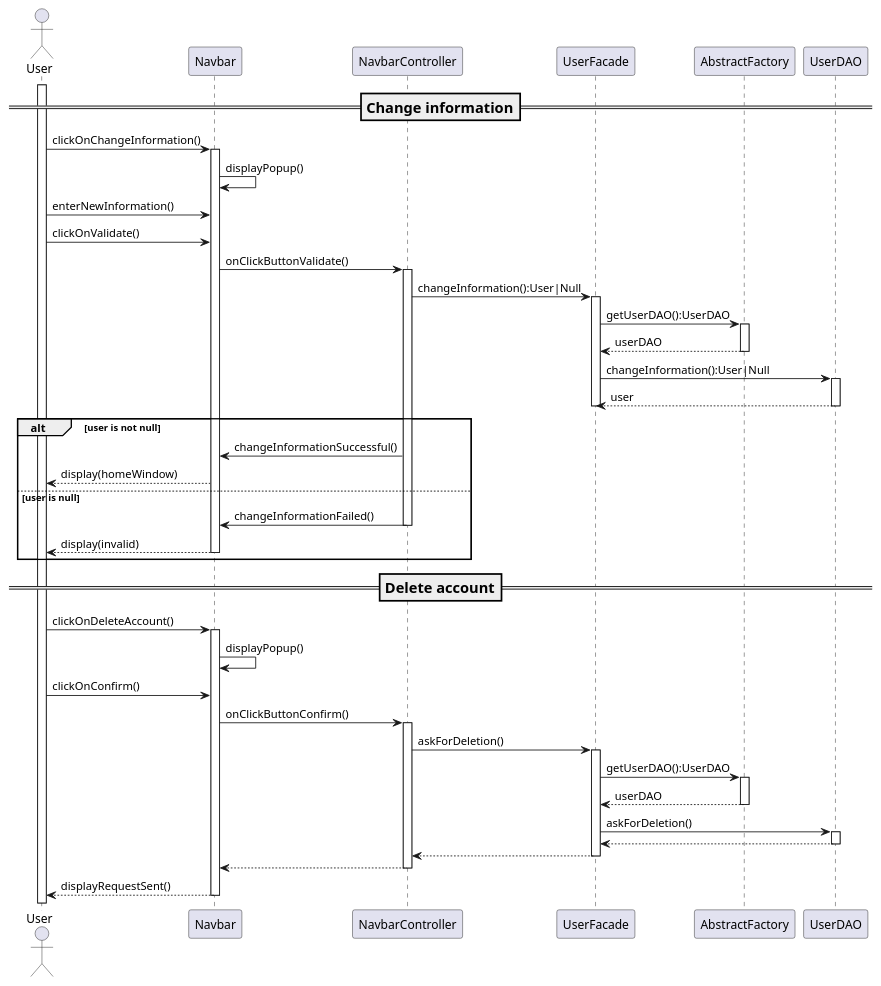
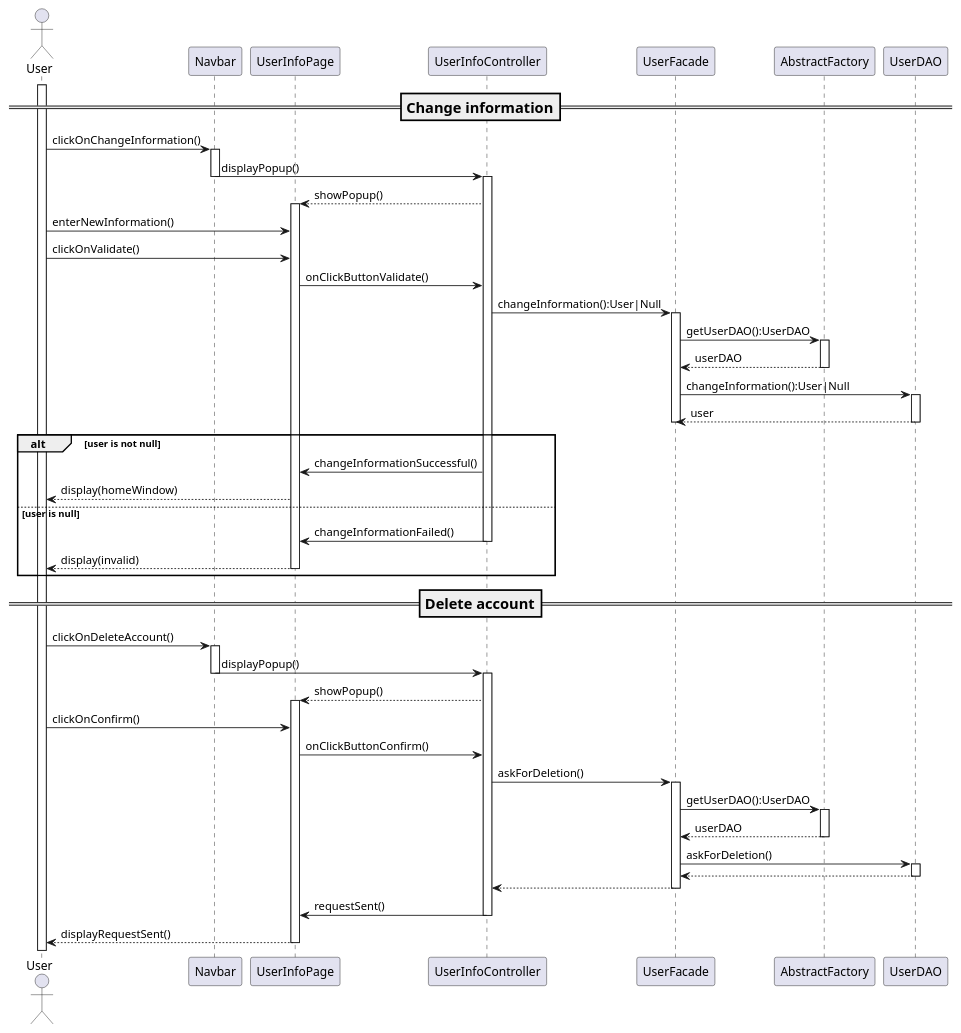
One commit to iusildra/WineCellar changed the third of 5 diagrams in doc/reports/final/user.plantuml. Above: the diagram before and after it, drawn with PlantUML. The commit also changed other lines of this file, not shown here.

Commit message:
Removed UserPage class

```diff
--- a/doc/reports/final/user.plantuml
+++ b/doc/reports/final/user.plantuml
@@ -53,48 +53,53 @@
 @startuml changeInformationSequenceDiagram
 skinparam responseMessageBelowArrow true
 
 actor User
 participant Navbar
-participant NavbarController
+participant UserInfoPage
+participant UserInfoController
 participant UserFacade
 participant AbstractFactory
 participant UserDAO
 
 === Change information ==
 activate User
 
 User -> Navbar++: clickOnChangeInformation()
-Navbar -> Navbar: displayPopup()
-User -> Navbar: enterNewInformation()
-User -> Navbar: clickOnValidate()
-Navbar -> NavbarController++: onClickButtonValidate()
-NavbarController -> UserFacade++: changeInformation():User|Null
+Navbar -> UserInfoController--: displayPopup()
+activate UserInfoController
+UserInfoController --> UserInfoPage++: showPopup()
+User -> UserInfoPage: enterNewInformation()
+User -> UserInfoPage: clickOnValidate()
+UserInfoPage -> UserInfoController: onClickButtonValidate()
+UserInfoController -> UserFacade++: changeInformation():User|Null
 UserFacade -> AbstractFactory++: getUserDAO():UserDAO
 return userDAO
 UserFacade -> UserDAO++: changeInformation():User|Null
 return user
 deactivate UserFacade
 alt user is not null
 
-  NavbarController -> Navbar: changeInformationSuccessful()
-  Navbar --> User: display(homeWindow)
+  UserInfoController -> UserInfoPage: changeInformationSuccessful()
+  UserInfoPage --> User: display(homeWindow)
 else user is null
-  NavbarController -> Navbar--: changeInformationFailed()
-  Navbar --> User--: display(invalid)
+  UserInfoController -> UserInfoPage--: changeInformationFailed()
+  UserInfoPage --> User--: display(invalid)
 end
 
 === Delete account ==
 
 User -> Navbar++: clickOnDeleteAccount()
-Navbar -> Navbar: displayPopup()
-User -> Navbar: clickOnConfirm()
-Navbar -> NavbarController++: onClickButtonConfirm()
-NavbarController -> UserFacade++: askForDeletion()
+Navbar -> UserInfoController--: displayPopup()
+activate UserInfoController
+UserInfoController --> UserInfoPage++: showPopup()
+User -> UserInfoPage: clickOnConfirm()
+UserInfoPage -> UserInfoController: onClickButtonConfirm()
+UserInfoController -> UserFacade++: askForDeletion()
 UserFacade -> AbstractFactory++: getUserDAO():UserDAO
 return userDAO
 UserFacade -> UserDAO++: askForDeletion()
 return
 return
-return
-return displayRequestSent()
+UserInfoController -> UserInfoPage--: requestSent()
+UserInfoPage --> User--: displayRequestSent()
 @enduml
```
